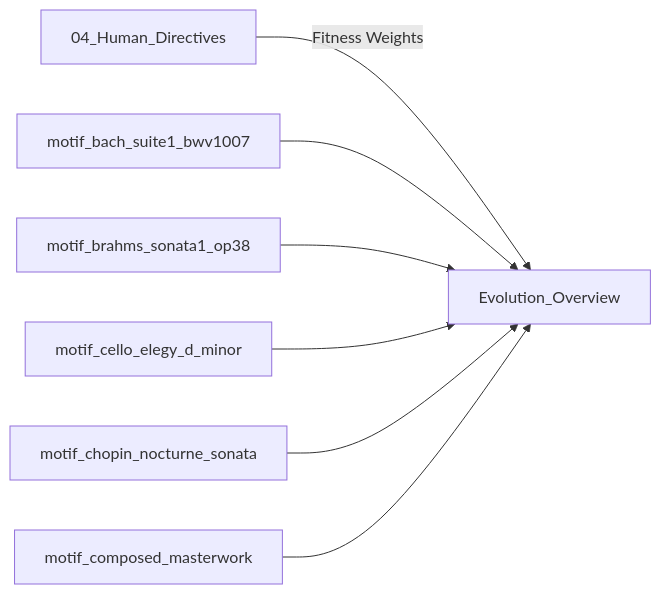
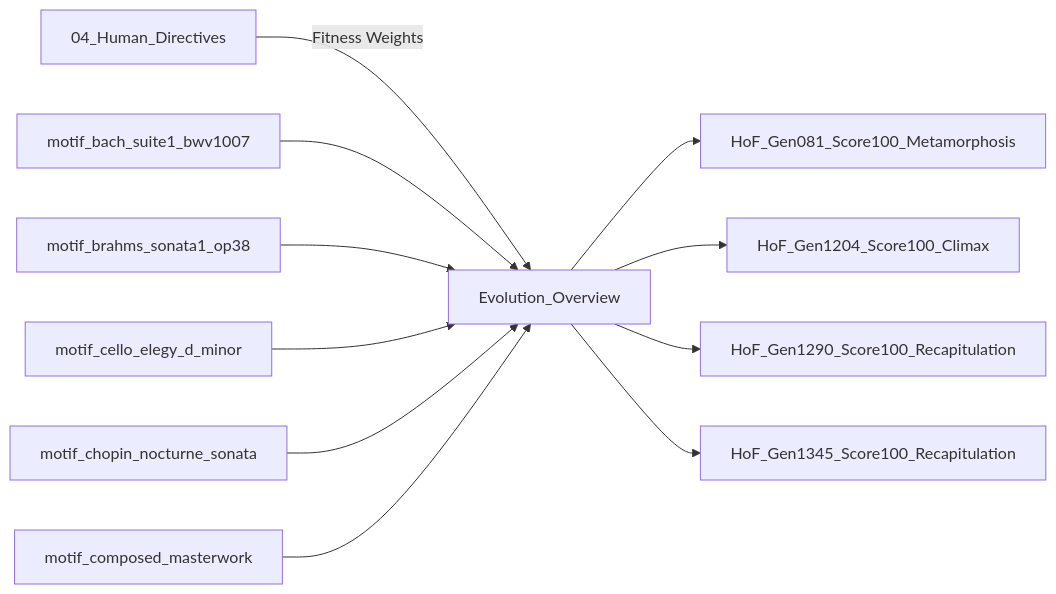
The second of 2 diagrams in obsidian_vault/00_Dashboard/Evolution_Overview.md (AI-Avalon/Disklavier-Auto), drawn with Mermaid before and after one commit. The commit also changed other lines of this file and 24 other files, not shown here.

````diff
--- a/obsidian_vault/00_Dashboard/Evolution_Overview.md
+++ b/obsidian_vault/00_Dashboard/Evolution_Overview.md
@@ -34,9 +43,13 @@
 ```mermaid
 flowchart LR
     D["04_Human_Directives"] -->|"Fitness Weights"| O["Evolution_Overview"]
     motif_bach_suite1_bwv1007["motif_bach_suite1_bwv1007"] --> O
     motif_brahms_sonata1_op38["motif_brahms_sonata1_op38"] --> O
     motif_cello_elegy_d_minor["motif_cello_elegy_d_minor"] --> O
     motif_chopin_nocturne_sonata["motif_chopin_nocturne_sonata"] --> O
     motif_composed_masterwork["motif_composed_masterwork"] --> O
+    O --> HoF_Gen081_Score100_Metamorphosis["HoF_Gen081_Score100_Metamorphosis"]
+    O --> HoF_Gen1204_Score100_Climax["HoF_Gen1204_Score100_Climax"]
+    O --> HoF_Gen1290_Score100_Recapitulation["HoF_Gen1290_Score100_Recapitulation"]
+    O --> HoF_Gen1345_Score100_Recapitulation["HoF_Gen1345_Score100_Recapitulation"]
 ```
````
